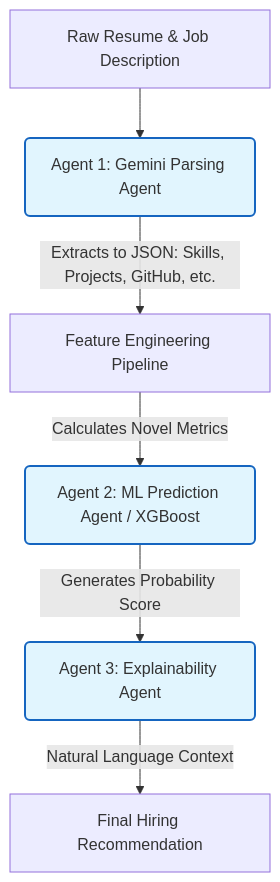
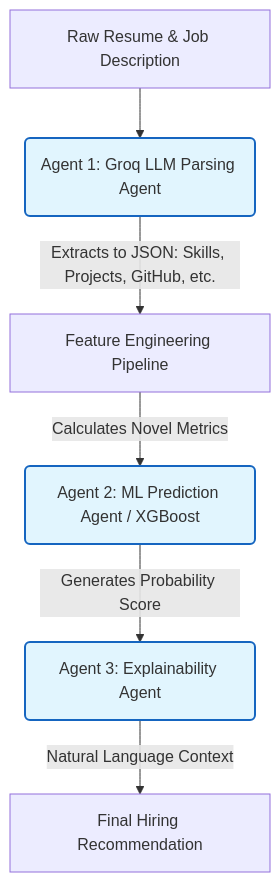
Before and after one commit to BakaryGibba/Multi-Agent-Resume-Analysis-Research: the first of 2 diagrams in Research_Report.md, drawn with Mermaid. The commit also changed other lines of this file and 12 other files, not shown here.

````diff
--- a/Research_Report.md
+++ b/Research_Report.md
@@ -52,13 +54,13 @@
 ```mermaid
 graph TD
-    A[Raw Resume & Job Description] --> B(Agent 1: Gemini Parsing Agent)
+    A[Raw Resume & Job Description] --> B(Agent 1: Groq LLM Parsing Agent)
     B -->|Extracts to JSON: Skills, Projects, GitHub, etc.| C[Feature Engineering Pipeline]
     
     C -->|Calculates Novel Metrics| D(Agent 2: ML Prediction Agent / XGBoost)
     D -->|Generates Probability Score| E(Agent 3: Explainability Agent)
     
     E -->|Natural Language Context| F[Final Hiring Recommendation]
     
     classDef agents fill:#e1f5fe,stroke:#1565c0,stroke-width:2px;
     class B,D,E agents;
 ```
````
